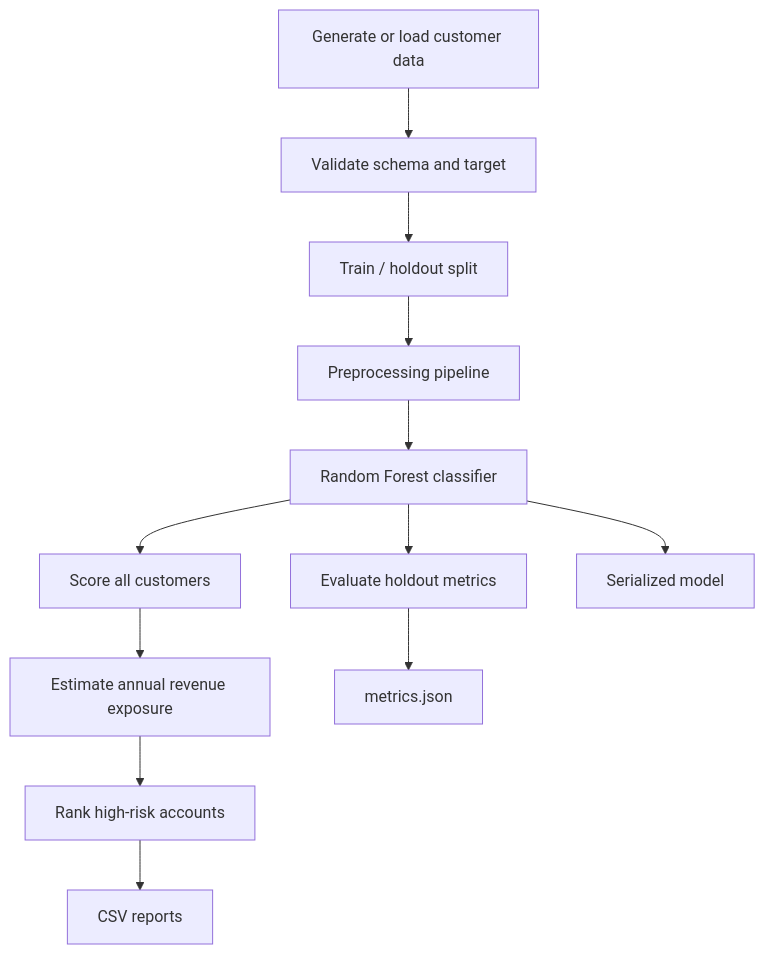
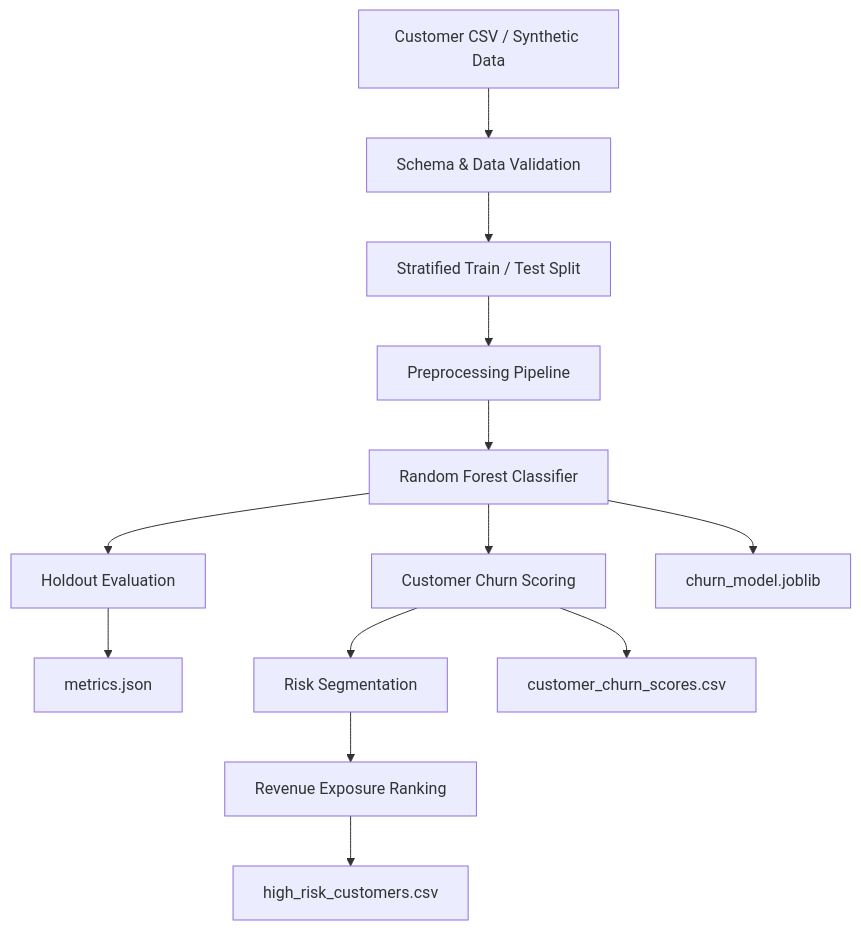
Before and after one commit to pallasivasai/rick: the second of 2 diagrams in README.md, drawn with Mermaid. The commit also changed other lines of this file, not shown here.

Commit message:
docs: enhance README statistics and add churn pie chart

````diff
--- a/README.md
+++ b/README.md
@@ -67,14 +130,15 @@
 ```mermaid
 flowchart TD
-    A[Generate or load customer data] --> B[Validate schema and target]
-    B --> C[Train / holdout split]
-    C --> D[Preprocessing pipeline]
-    D --> E[Random Forest classifier]
-    E --> F[Evaluate holdout metrics]
-    E --> G[Score all customers]
-    G --> H[Estimate annual revenue exposure]
-    H --> I[Rank high-risk accounts]
-    F --> J[metrics.json]
-    I --> K[CSV reports]
-    E --> L[Serialized model]
+    A["Customer CSV / Synthetic Data"] --> B["Schema & Data Validation"]
+    B --> C["Stratified Train / Test Split"]
+    C --> D["Preprocessing Pipeline"]
+    D --> E["Random Forest Classifier"]
+    E --> F["Holdout Evaluation"]
+    E --> G["Customer Churn Scoring"]
+    G --> H["Risk Segmentation"]
+    H --> I["Revenue Exposure Ranking"]
+    F --> J["metrics.json"]
+    G --> K["customer_churn_scores.csv"]
+    I --> L["high_risk_customers.csv"]
+    E --> M["churn_model.joblib"]
 ```
````
